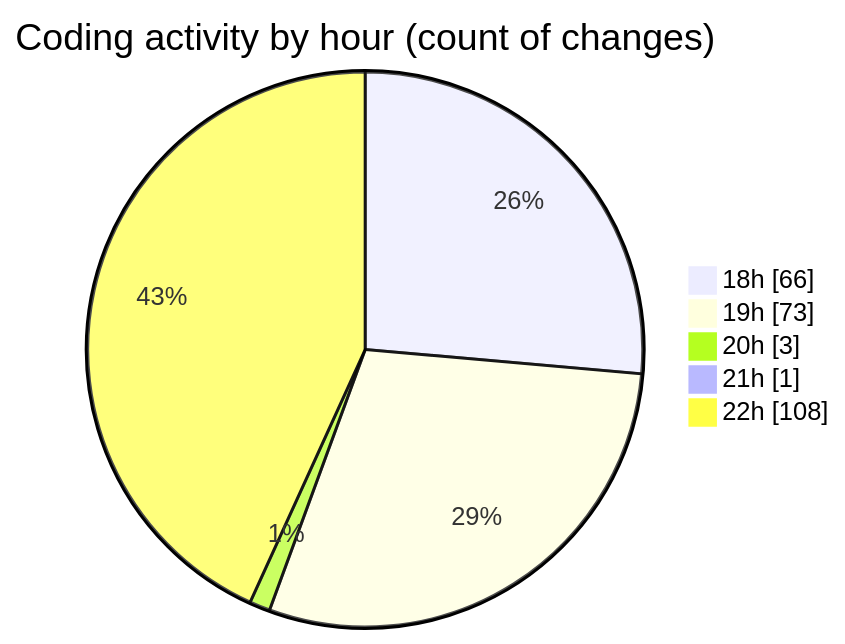
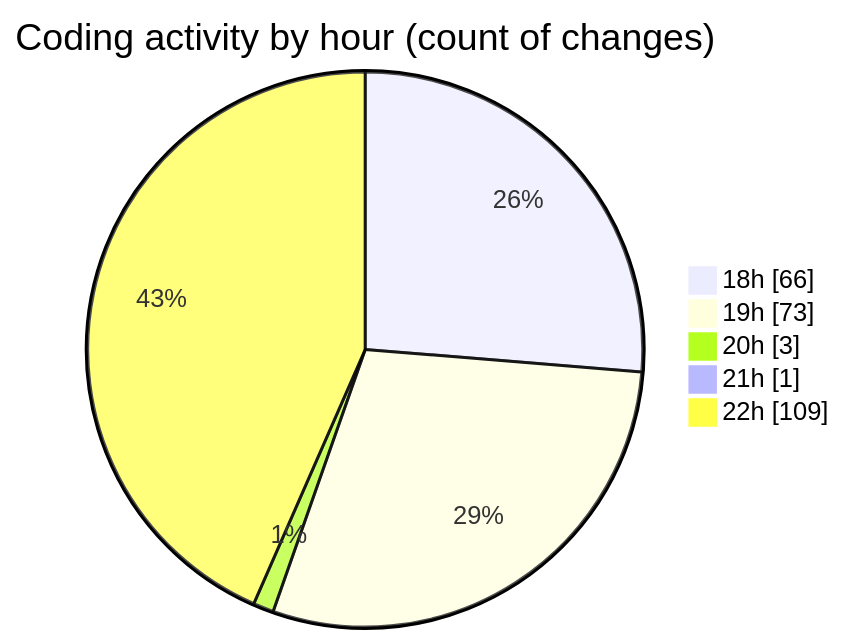
Before and after one commit to Ritupan-Deka/code-tracking: the second of 2 diagrams in 2025-07-16/mern-workoutboard/README.md, drawn with Mermaid. The commit also changed other lines of this file and 1 other file, not shown here.

````diff
--- a/2025-07-16/mern-workoutboard/README.md
+++ b/2025-07-16/mern-workoutboard/README.md
@@ -34,9 +34,9 @@
 ```mermaid
 pie showData
 title Coding activity by hour (count of changes)
 "18h" : 66
 "19h" : 73
 "20h" : 3
 "21h" : 1
-"22h" : 108
+"22h" : 109
 ```
````
